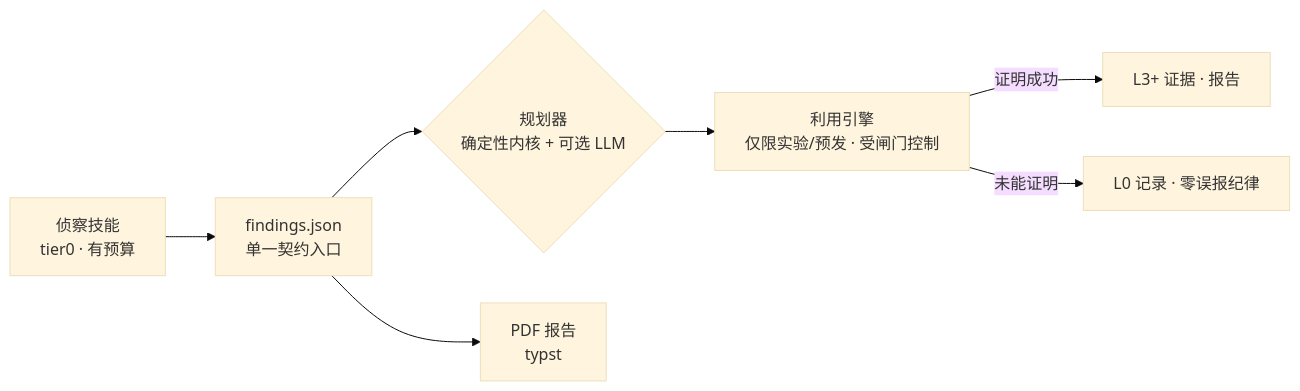
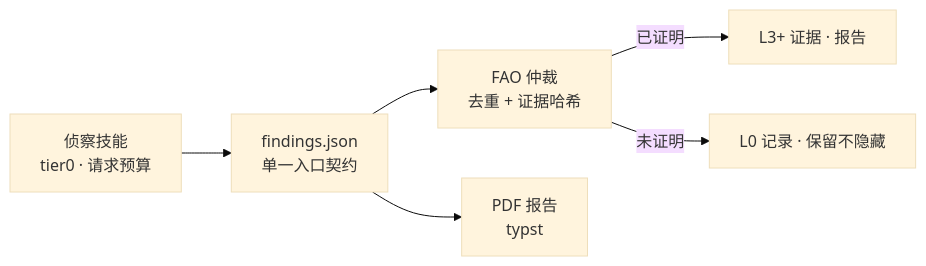
One commit to maulanawirawan/cyphron changed the diagram in README.zh.md. Above: the diagram before and after it, drawn with Mermaid (base theme). The commit also changed other lines of this file and 5 other files, not shown here.

````diff
--- a/README.zh.md
+++ b/README.zh.md
@@ -50,9 +52,8 @@
 ```mermaid
 flowchart LR
-    A[侦察技能<br/>tier0 · 有预算] --> B[findings.json<br/>单一契约入口]
-    B --> C{规划器<br/>确定性内核 + 可选 LLM}
-    C --> D[利用引擎<br/>仅限实验/预发 · 受闸门控制]
-    D -->|证明成功| E[L3+ 证据 · 报告]
-    D -->|未能证明| F[L0 记录 · 零误报纪律]
+    A[侦察技能<br/>tier0 · 请求预算] --> B[findings.json<br/>单一入口契约]
+    B --> C[FAO 仲裁<br/>去重 + 证据哈希]
+    C -->|已证明| E[L3+ 证据 · 报告]
+    C -->|未证明| F[L0 记录 · 保留不隐藏]
     B --> G[PDF 报告<br/>typst]
 ```
````
